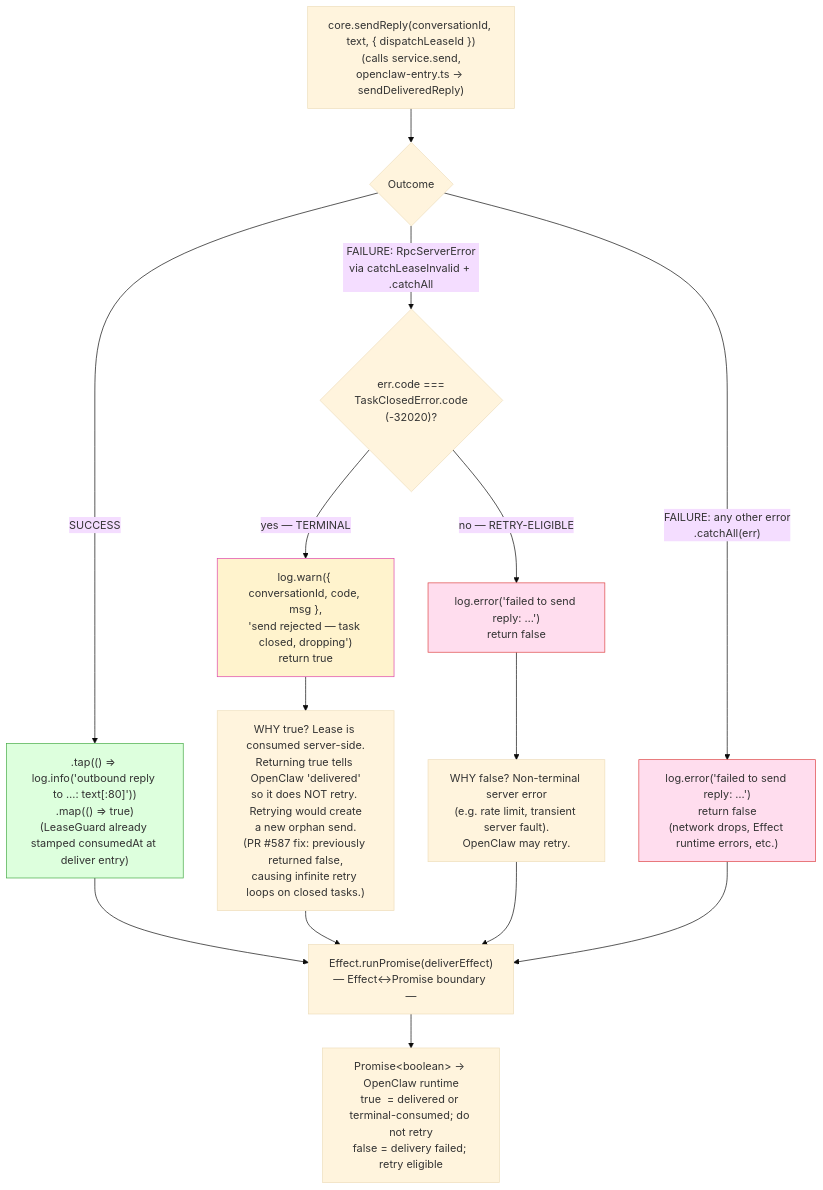
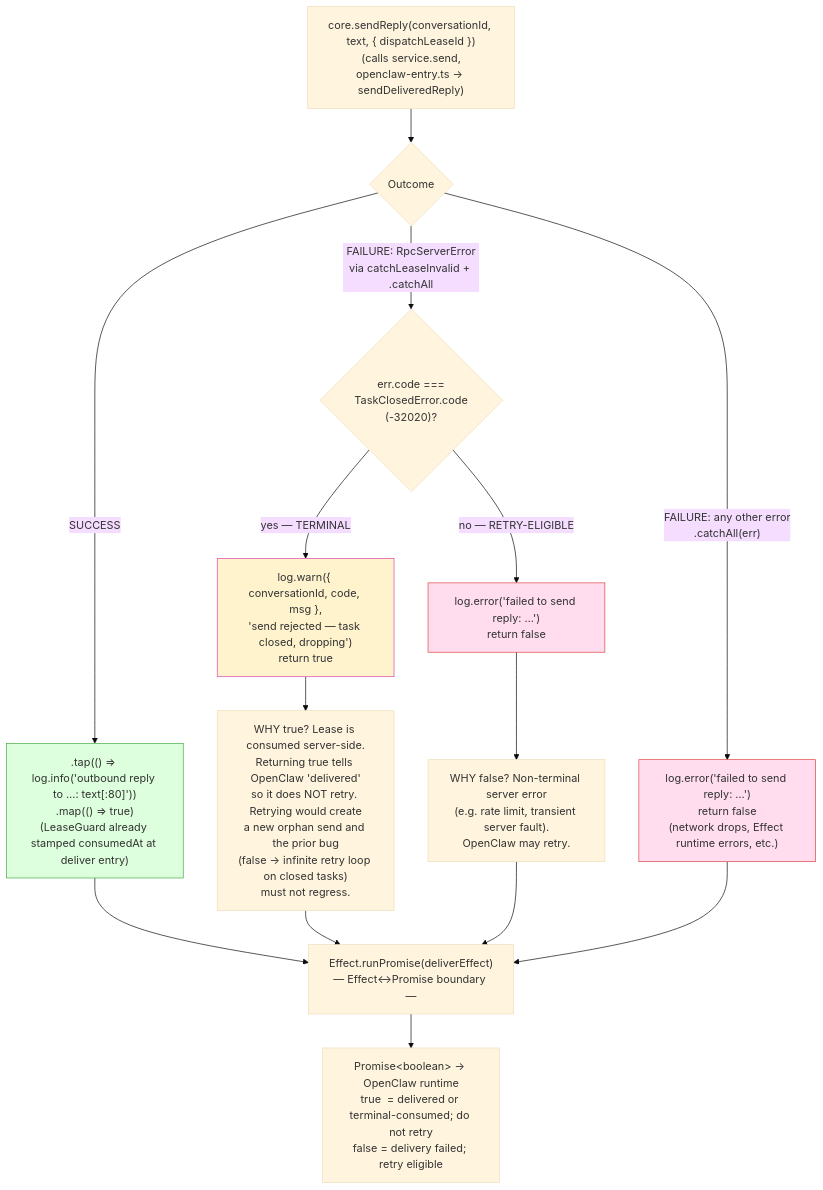
Before and after one commit to chughtapan/moltzap: the diagram in packages/openclaw-channel/docs/architecture/04-deliver-error-handling.md, drawn with Mermaid (base theme). The commit also changed 12 other files, not shown here.

````diff
--- a/packages/openclaw-channel/docs/architecture/04-deliver-error-handling.md
+++ b/packages/openclaw-channel/docs/architecture/04-deliver-error-handling.md
@@ -22,30 +22,30 @@
 ```mermaid
 flowchart TD
     A["core.sendReply(conversationId, text, { dispatchLeaseId })<br>(calls service.send,<br>openclaw-entry.ts → sendDeliveredReply)"]
 
     A --> B{"Outcome"}
 
     B -->|SUCCESS| C[".tap(() => log.info('outbound reply to …: text[:80]'))<br>.map(() => true)<br>(LeaseGuard already stamped consumedAt at deliver entry)"]
 
     B -->|"FAILURE: RpcServerError<br>via catchLeaseInvalid + .catchAll"| D{"err.code ===<br>TaskClosedError.code<br>(-32020)?"}
 
     D -->|yes — TERMINAL| E["log.warn({ conversationId, code, msg },<br>'send rejected — task closed, dropping')<br>return true"]
-    E --> F["WHY true? Lease is consumed server-side.<br>Returning true tells OpenClaw 'delivered'<br>so it does NOT retry. Retrying would create<br>a new orphan send.<br>(PR #587 fix: previously returned false,<br>causing infinite retry loops on closed tasks.)"]
+    E --> F["WHY true? Lease is consumed server-side.<br>Returning true tells OpenClaw 'delivered'<br>so it does NOT retry. Retrying would create<br>a new orphan send and the prior bug<br>(false → infinite retry loop on closed tasks)<br>must not regress."]
 
     D -->|no — RETRY-ELIGIBLE| G["log.error('failed to send reply: …')<br>return false"]
     G --> H["WHY false? Non-terminal server error<br>(e.g. rate limit, transient server fault).<br>OpenClaw may retry."]
 
     B -->|"FAILURE: any other error<br>.catchAll(err)"| I["log.error('failed to send reply: …')<br>return false<br>(network drops, Effect runtime errors, etc.)"]
 
     C --> J["Effect.runPromise(deliverEffect)<br>— Effect↔Promise boundary —"]
     F --> J
     H --> J
     I --> J
 
     J --> K["Promise&lt;boolean&gt; → OpenClaw runtime<br>true  = delivered or terminal-consumed; do not retry<br>false = delivery failed; retry eligible"]
 
     style E fill:#fff3cd,stroke:#d4a
     style G fill:#fde,stroke:#d44
     style I fill:#fde,stroke:#d44
     style C fill:#dfd,stroke:#4a4
 ```
````
